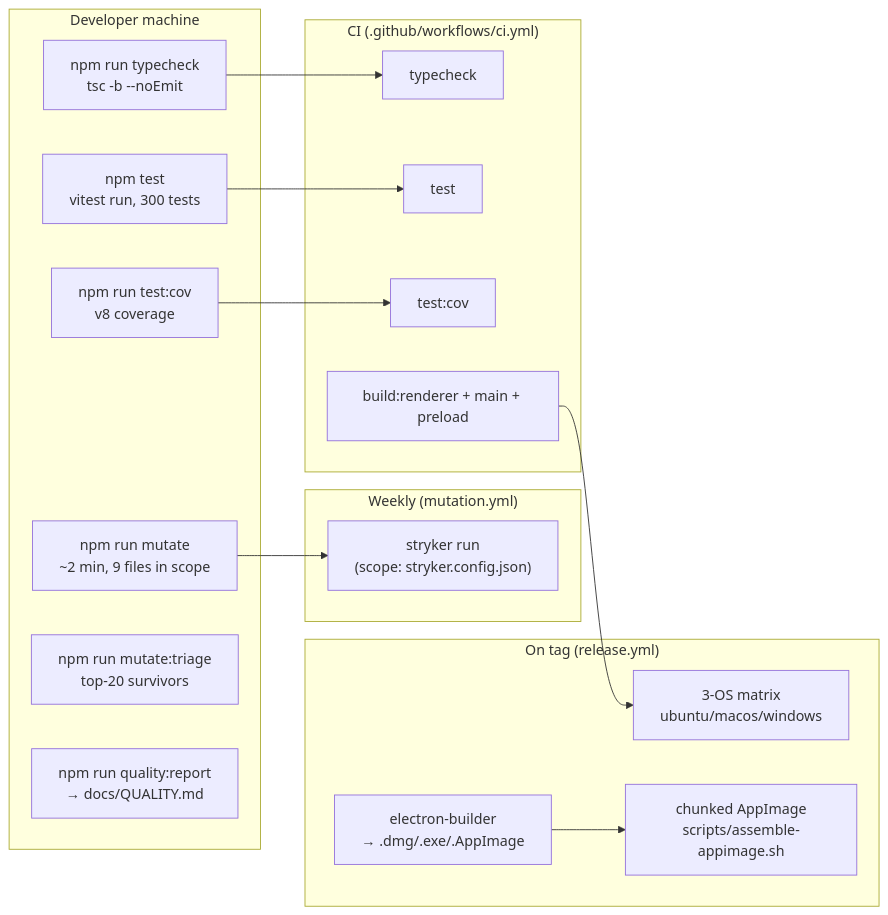
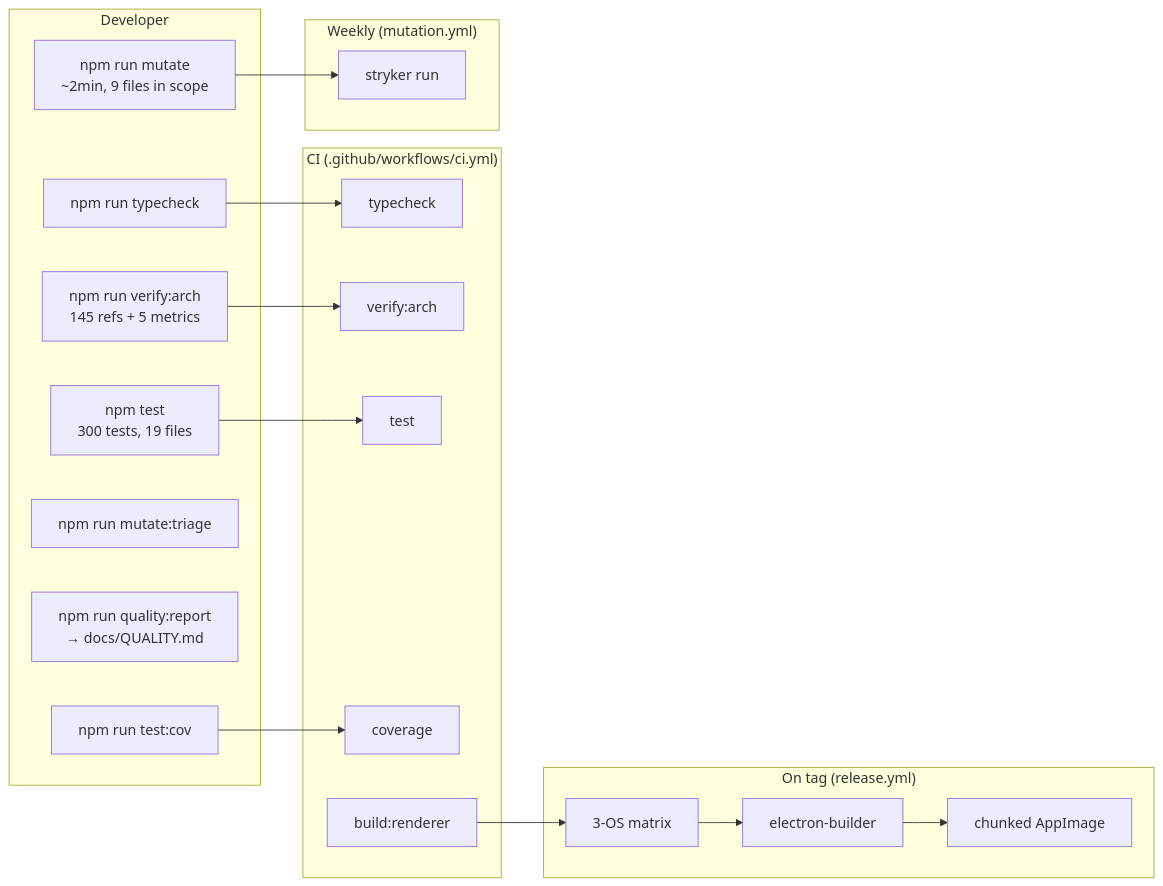
The tenth of 12 diagrams in docs/ARCHITECTURE.md (hiroto1977/-), drawn with Mermaid before and after one commit. The commit also changed other lines of this file and 1 other file, not shown here.

First line of the commit message:
ARCHITECTURE: integrate to optimal structure (8 sections + 2 appendices)

````diff
--- a/docs/ARCHITECTURE.md
+++ b/docs/ARCHITECTURE.md
@@ -583,35 +539,33 @@
 ```mermaid
 graph LR
-  subgraph "Developer machine"
-    DEV1["npm run typecheck<br/>tsc -b --noEmit"]
-    DEV2["npm test<br/>vitest run, 300 tests"]
-    DEV3["npm run test:cov<br/>v8 coverage"]
-    DEV4["npm run mutate<br/>~2 min, 9 files in scope"]
-    DEV5["npm run mutate:triage<br/>top-20 survivors"]
-    DEV6["npm run quality:report<br/>→ docs/QUALITY.md"]
+  subgraph "Developer"
+    D1[npm run typecheck]
+    D2[npm test<br/>300 tests, 19 files]
+    D3[npm run test:cov]
+    D4[npm run mutate<br/>~2min, 9 files in scope]
+    D5[npm run mutate:triage]
+    D6[npm run quality:report<br/>→ docs/QUALITY.md]
+    D7[npm run verify:arch<br/>145 refs + 5 metrics]
   end
-
   subgraph "CI (.github/workflows/ci.yml)"
-    CI1[typecheck]
-    CI2[test]
-    CI3[test:cov]
-    CI4[build:renderer + main + preload]
+    C1[typecheck]
+    C2[verify:arch]
+    C3[test]
+    C4[coverage]
+    C5[build:renderer]
   end
-
   subgraph "Weekly (mutation.yml)"
-    MUT1["stryker run<br/>(scope: stryker.config.json)"]
+    M1[stryker run]
   end
-
   subgraph "On tag (release.yml)"
-    REL1["3-OS matrix<br/>ubuntu/macos/windows"]
-    REL2["electron-builder<br/>→ .dmg/.exe/.AppImage"]
-    REL3["chunked AppImage<br/>scripts/assemble-appimage.sh"]
+    R1[3-OS matrix]
+    R2[electron-builder]
+    R3[chunked AppImage]
   end
-
-  DEV1 --> CI1
-  DEV2 --> CI2
-  DEV3 --> CI3
-  DEV4 --> MUT1
-  CI4 --> REL1
-  REL2 --> REL3
+  D1 --> C1
+  D7 --> C2
+  D2 --> C3
+  D3 --> C4
+  D4 --> M1
+  C5 --> R1 --> R2 --> R3
 ```
````
